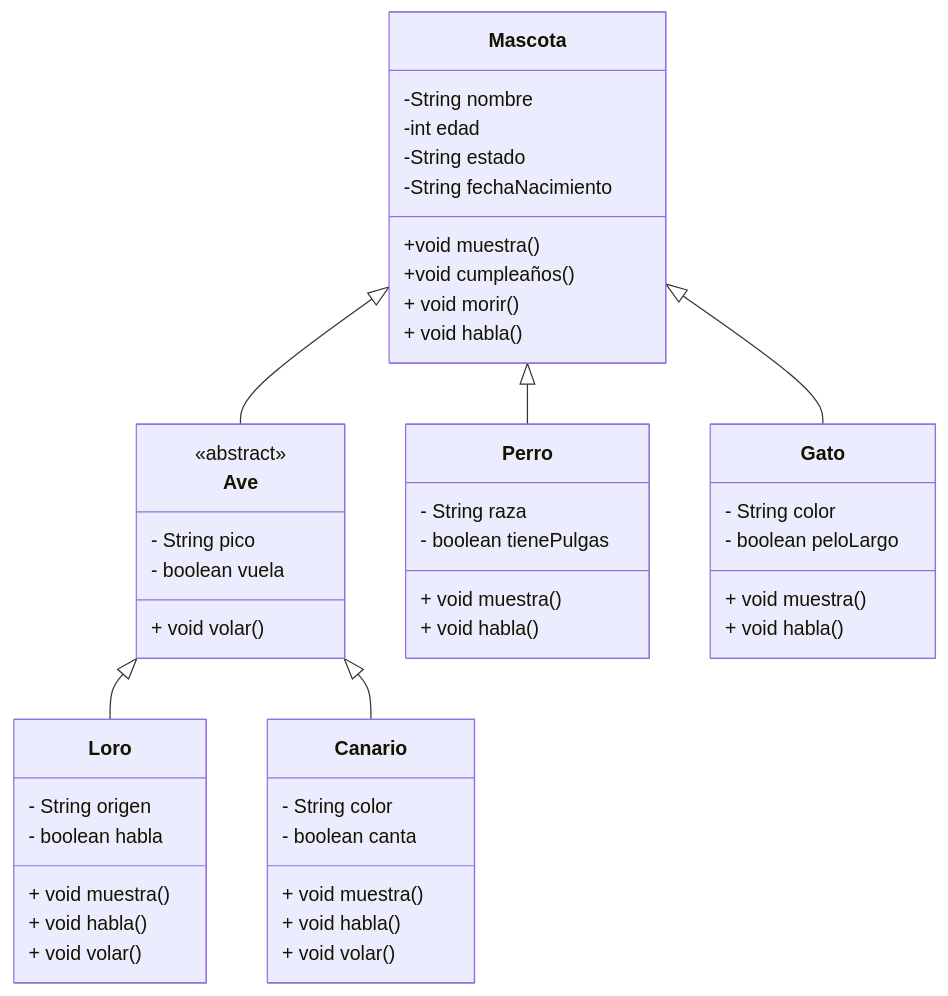
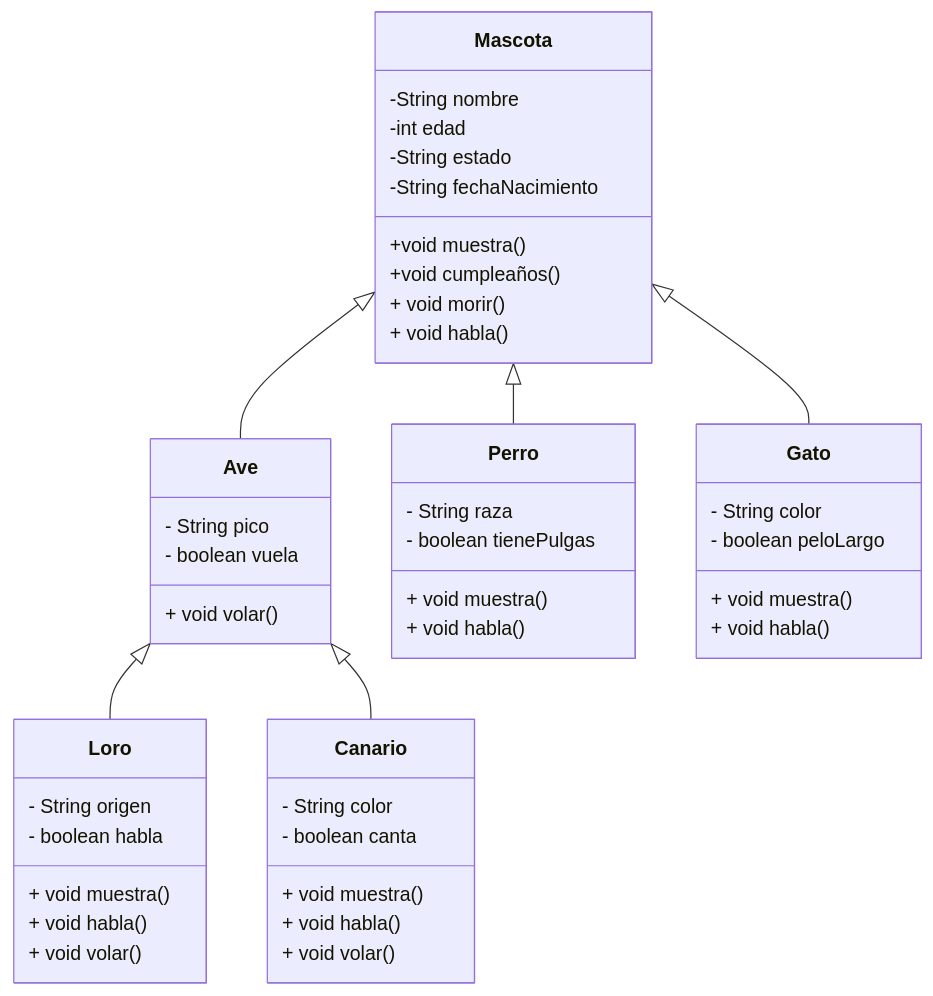
Before and after one commit to martinezpenya/1DAMProgramacion: the second of 3 diagrams in docs/UD08/UD08_ejercicios_ES.md, drawn with Mermaid. The commit also changed other lines of this file, not shown here.

````diff
--- a/docs/UD08/UD08_ejercicios_ES.md
+++ b/docs/UD08/UD08_ejercicios_ES.md
@@ -442,51 +474,50 @@
 ```mermaid
     classDiagram
     Mascota <|-- Ave
     Mascota <|-- Perro
     Mascota <|-- Gato
     Ave <|-- Loro
     Ave <|-- Canario
  
     Mascota: -String nombre
     Mascota: -int edad
     Mascota: -String estado
     Mascota: -String fechaNacimiento
     Mascota: +void muestra()
     Mascota: +void cumpleaños()
     Mascota: + void morir()
     Mascota: + void habla()
     
     class Ave{
         - String pico
         - boolean vuela
         + void volar()
     }
-    <<abstract>> Ave
     
     class Perro{
         - String raza
         - boolean tienePulgas
         + void muestra()
         + void habla()
     }
     class Gato{
         - String color
         - boolean peloLargo
         + void muestra()
         + void habla()
     }
     class Loro{
         - String origen
         - boolean habla
         + void muestra()
         + void habla()
         + void volar()
     }   
     class Canario{
         - String color
         - boolean canta
         + void muestra()
         + void habla()
         + void volar()
     }     
 ```
````
